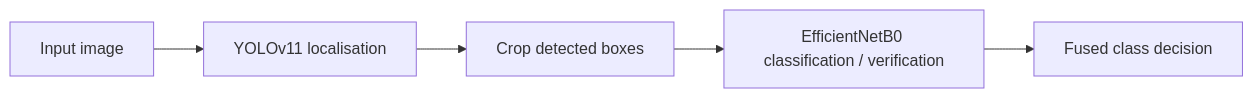
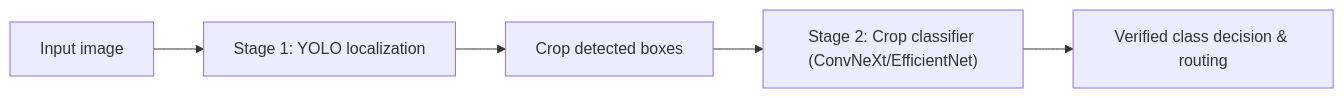
The third of 4 diagrams in docs/01_final_report/WORKFLOW_APPROACHES_AND_DL_REWORK.md (khoaph0712/Final-Year-Project-PDK), drawn with Mermaid before and after one commit. The commit also changed other lines of this file and 432 other files, not shown here.

````diff
--- a/docs/01_final_report/WORKFLOW_APPROACHES_AND_DL_REWORK.md
+++ b/docs/01_final_report/WORKFLOW_APPROACHES_AND_DL_REWORK.md
@@ -103,7 +124,7 @@
 ```mermaid
 flowchart LR
-    A["Input image"] --> B["YOLOv11 localisation"]
+    A["Input image"] --> B["Stage 1: YOLO localization"]
     B --> C["Crop detected boxes"]
-    C --> D["EfficientNetB0 classification / verification"]
-    D --> E["Fused class decision"]
+    C --> D["Stage 2: Crop classifier (ConvNeXt/EfficientNet)"]
+    D --> E["Verified class decision & routing"]
 ```
````
